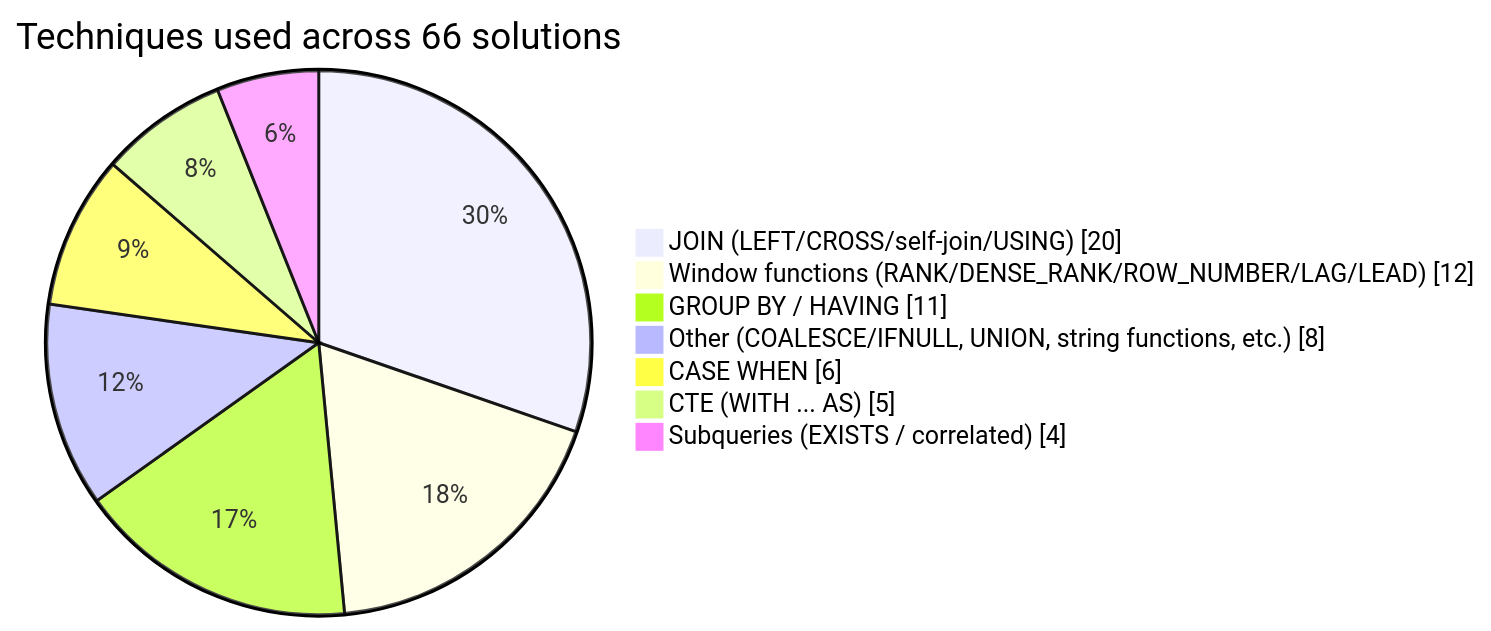
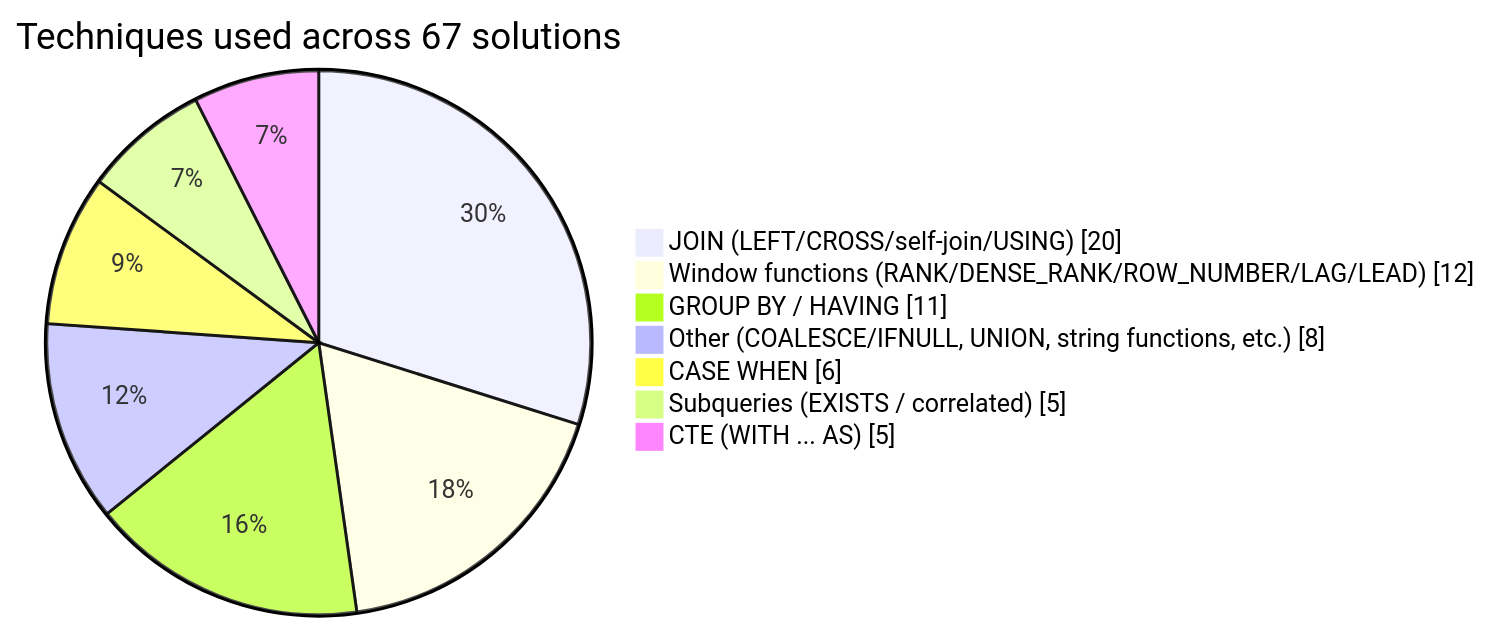
The diagram in README.md (ruhlanrzayev/LeetCode_SQL_Problems), drawn with Mermaid before and after one commit. The commit also changed other lines of this file, not shown here.

Commit message:
chore: auto-update technique breakdown chart

````diff
--- a/README.md
+++ b/README.md
@@ -11,11 +11,11 @@
 ```mermaid
 pie showData
-    title Techniques used across 66 solutions
+    title Techniques used across 67 solutions
     "JOIN (LEFT/CROSS/self-join/USING)" : 20
     "Window functions (RANK/DENSE_RANK/ROW_NUMBER/LAG/LEAD)" : 12
     "GROUP BY / HAVING" : 11
     "Other (COALESCE/IFNULL, UNION, string functions, etc.)" : 8
     "CASE WHEN" : 6
+    "Subqueries (EXISTS / correlated)" : 5
     "CTE (WITH ... AS)" : 5
-    "Subqueries (EXISTS / correlated)" : 4
 ```
````
